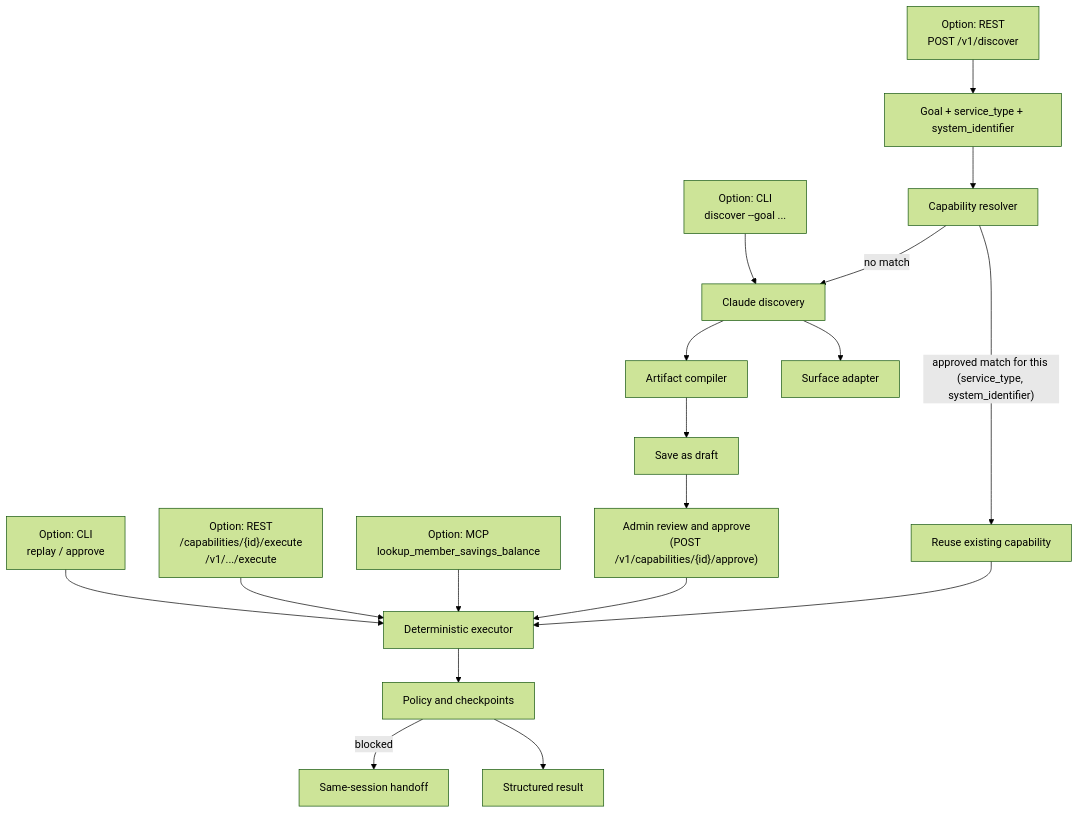
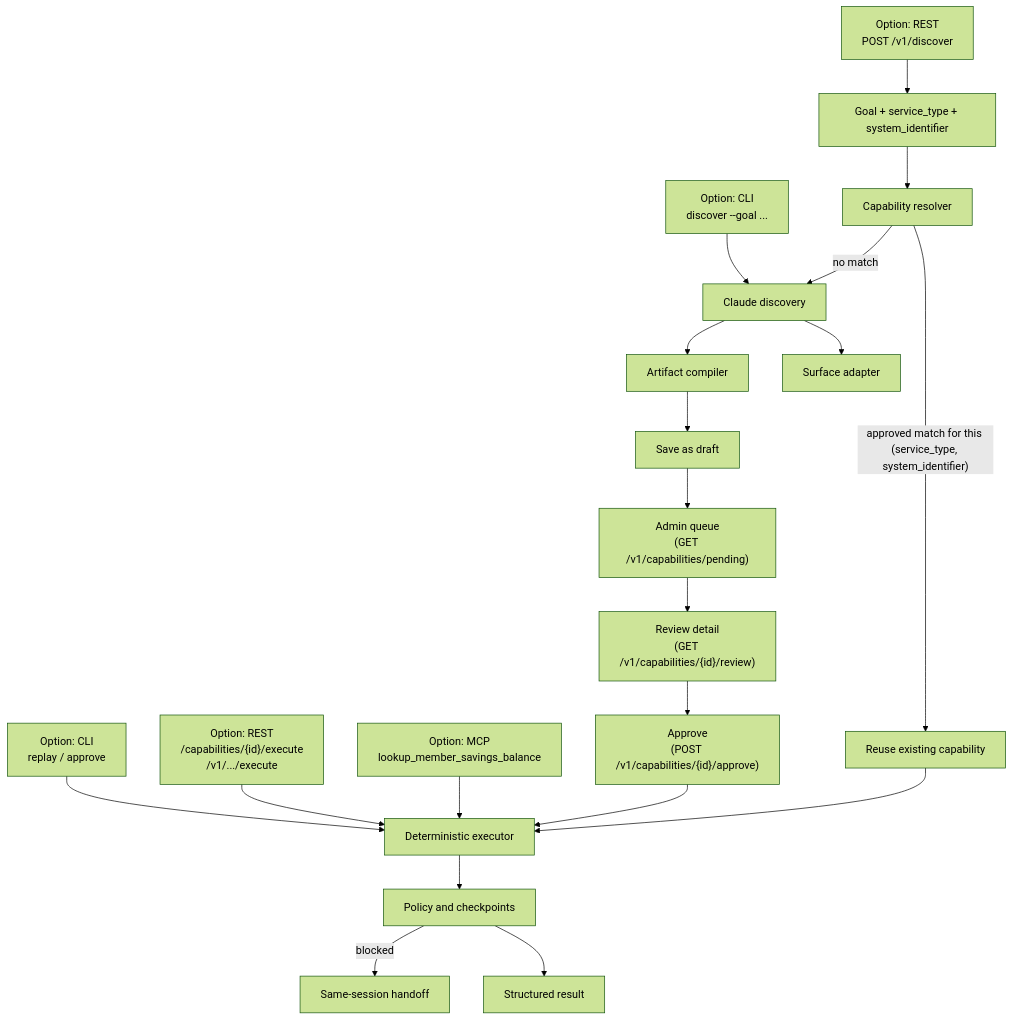
Before and after one commit to sathishKaruppannan/computer-use-capability-platform: the diagram in README.md, drawn with Mermaid (forest theme). The commit also changed other lines of this file and 3 other files, not shown here.

First line of the commit message:
Document the /v1 REST surface, architecture, and the new admin dashboard

````diff
--- a/README.md
+++ b/README.md
@@ -14,21 +14,23 @@
 ```mermaid
 flowchart TD
   CLID["Option: CLI<br/>discover --goal ..."] --> D
   RESTD["Option: REST<br/>POST /v1/discover"] --> G
   CLIR["Option: CLI<br/>replay / approve"] --> E
   RESTE["Option: REST<br/>/capabilities/{id}/execute<br/>/v1/.../execute"] --> E
   MCPL["Option: MCP<br/>lookup_member_savings_balance"] --> E
 
   G["Goal + service_type + system_identifier"] --> R[Capability resolver]
   R -->|"approved match for this (service_type, system_identifier)"| X[Reuse existing capability]
   R -->|no match| D[Claude discovery]
   D --> S[Surface adapter]
   D --> C[Artifact compiler]
   C --> N["Save as draft"]
-  N --> V["Admin review and approve<br/>(POST /v1/capabilities/{id}/approve)"]
+  N --> Q["Admin queue<br/>(GET /v1/capabilities/pending)"]
+  Q --> W["Review detail<br/>(GET /v1/capabilities/{id}/review)"]
+  W --> V["Approve<br/>(POST /v1/capabilities/{id}/approve)"]
   X --> E[Deterministic executor]
   V --> E
   E --> P[Policy and checkpoints]
   P --> A[Structured result]
   P -->|blocked| H[Same-session handoff]
 ```
````
